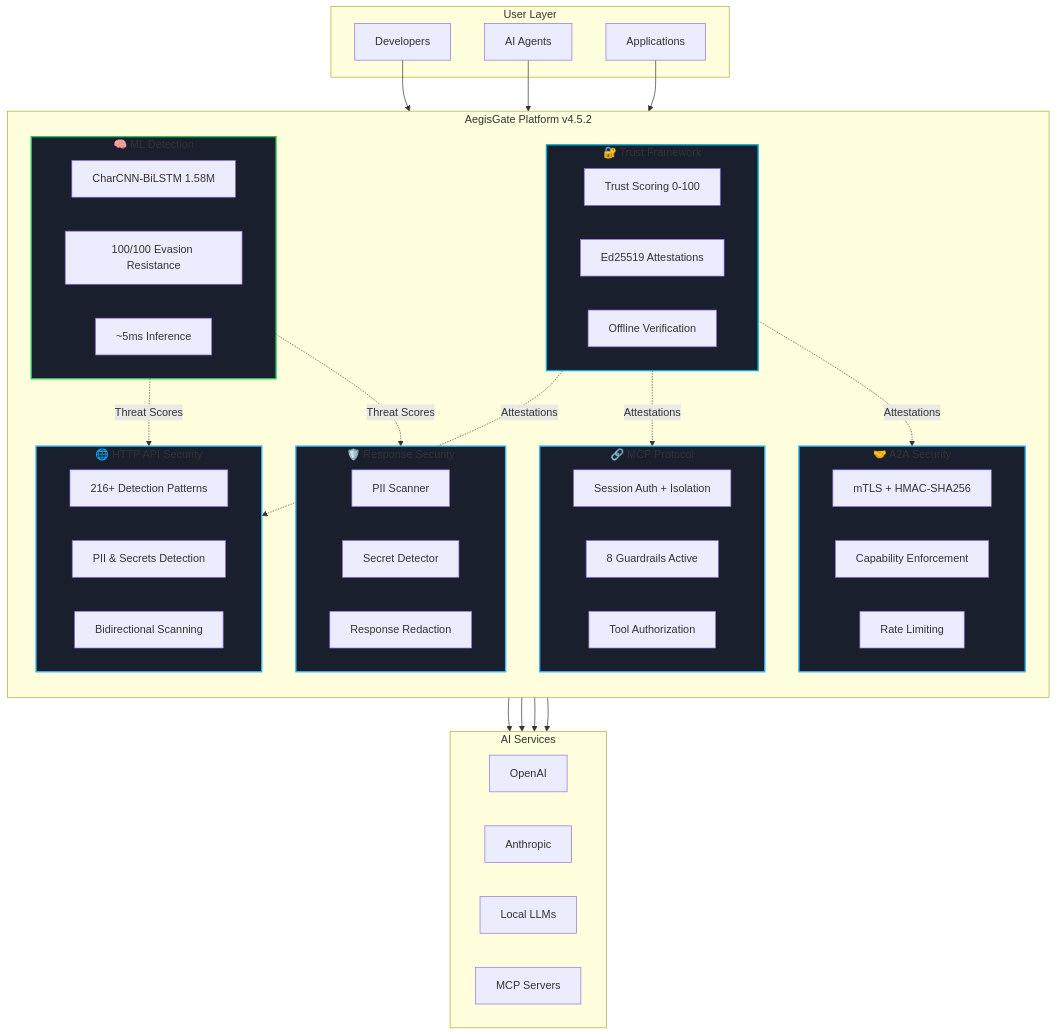
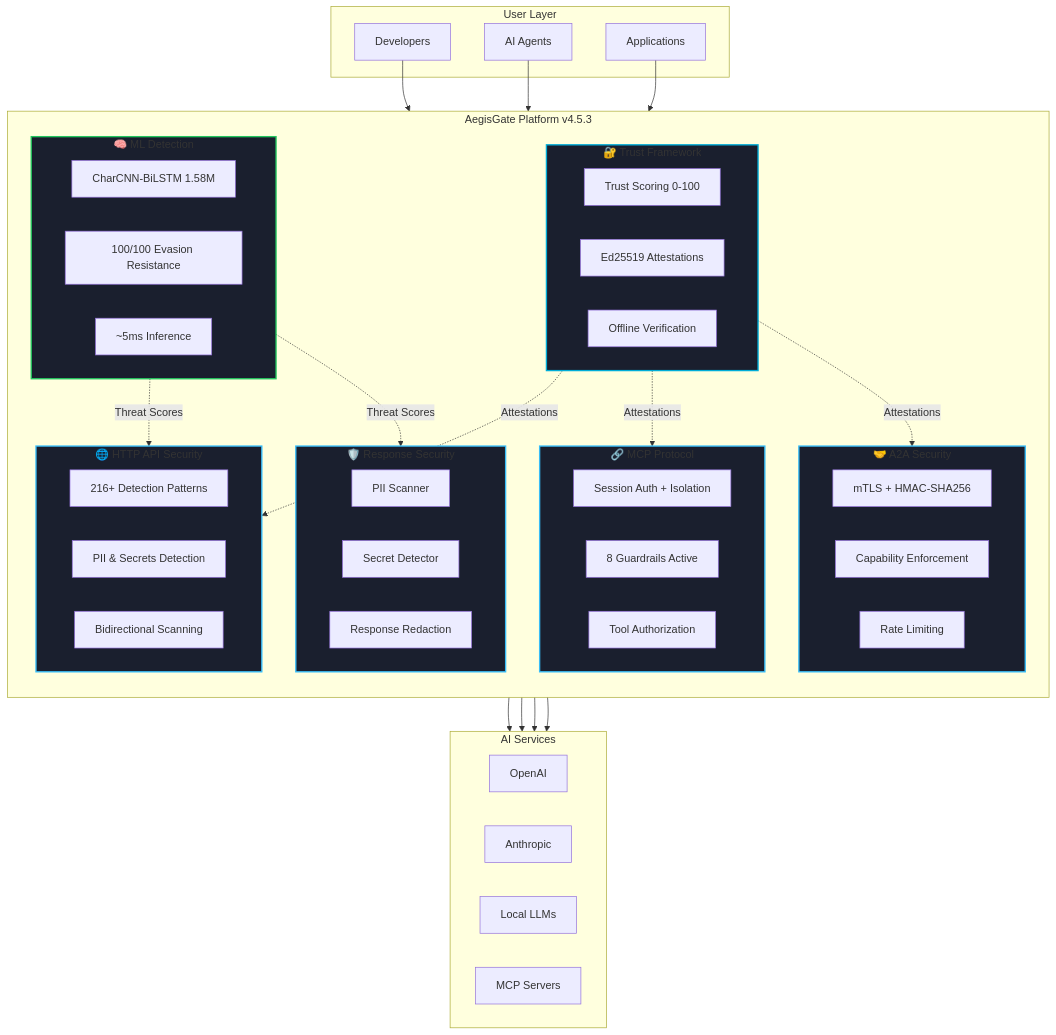
Before and after one commit to aegisgatesecurity/aegisgate-site: the first of 2 diagrams in content/platform/_index.md, drawn with Mermaid. The commit also changed other lines of this file and 25 other files, not shown here.

```diff
--- a/content/platform/_index.md
+++ b/content/platform/_index.md
@@ -143,77 +143,77 @@
 {{< mermaid >}}
 flowchart TD
     subgraph UserLayer["User Layer"]
         A[Developers]
         B[AI Agents]
         C[Applications]
     end
 
-    subgraph Platform["AegisGate Platform v4.5.2"]
+    subgraph Platform["AegisGate Platform v4.5.3"]
         direction TB
         
         subgraph Pillar1["🌐 HTTP API Security"]
             P1[216+ Detection Patterns]
             P1a[PII & Secrets Detection]
             P1b[Bidirectional Scanning]
         end
         
         subgraph Pillar2["🔗 MCP Protocol"]
             P2[Session Auth + Isolation]
             P2a[8 Guardrails Active]
             P2b[Tool Authorization]
         end
         
         subgraph Pillar3["🤝 A2A Security"]
             P3[mTLS + HMAC-SHA256]
             P3a[Capability Enforcement]
             P3b[Rate Limiting]
         end
         
         subgraph Pillar4["🛡️ Response Security"]
             P4[PII Scanner]
             P4a[Secret Detector]
             P4b[Response Redaction]
         end
         
         subgraph Pillar5["🔐 Trust Framework"]
             P5[Trust Scoring 0-100]
             P5a[Ed25519 Attestations]
             P5b[Offline Verification]
         end
         
         subgraph Pillar6["🧠 ML Detection"]
             P6[CharCNN-BiLSTM 1.58M]
             P6a[100/100 Evasion Resistance]
             P6b[~5ms Inference]
         end
     end
 
     subgraph Output["AI Services"]
         D[OpenAI]
         E[Anthropic]
         F[Local LLMs]
         G[MCP Servers]
     end
 
     A --> Platform
     B --> Platform
     C --> Platform
     
     Pillar1 --> Output
     Pillar2 --> Output
     Pillar3 --> Output
     Pillar4 --> Output
     
     Pillar5 -.->|Attestations| Pillar1
     Pillar5 -.->|Attestations| Pillar2
     Pillar5 -.->|Attestations| Pillar3
     Pillar6 -.->|Threat Scores| Pillar1
     Pillar6 -.->|Threat Scores| Pillar4
 
     style Pillar1 fill:#1a1f2e,stroke:#38bdf8,stroke-width:2px
     style Pillar2 fill:#1a1f2e,stroke:#38bdf8,stroke-width:2px
     style Pillar3 fill:#1a1f2e,stroke:#38bdf8,stroke-width:2px
     style Pillar4 fill:#1a1f2e,stroke:#38bdf8,stroke-width:2px
     style Pillar5 fill:#1a1f2e,stroke:#00ADD8,stroke-width:2px
     style Pillar6 fill:#1a1f2e,stroke:#22c55e,stroke-width:2px
 {{< /mermaid >}}
```
